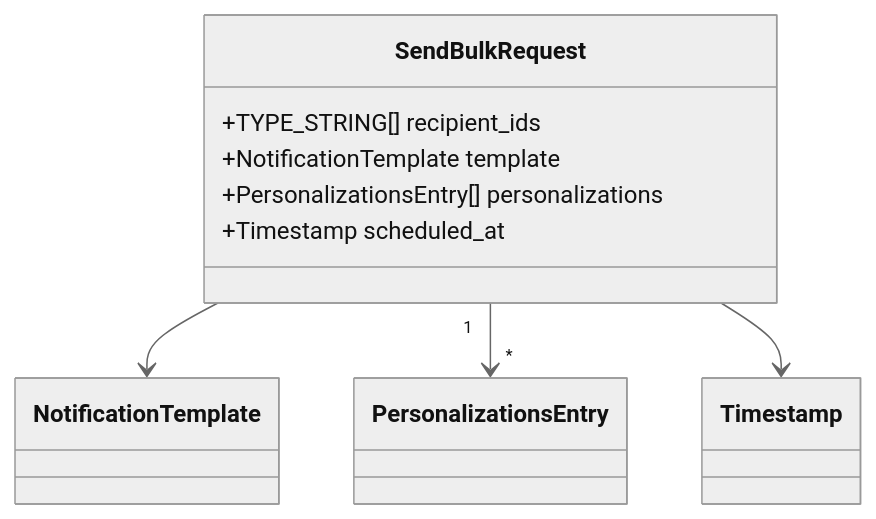
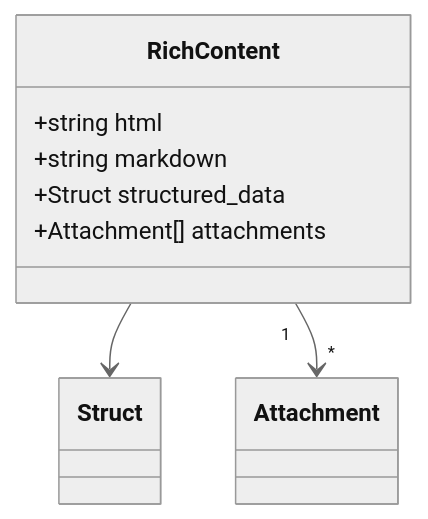
Diagram 35 of 37 in test-monorepo/docs/consolidated/NotificationService.md (kyivinua/root), drawn with Mermaid (neutral theme) before and after one commit. The commit also changed other lines of this file and 5 other files, not shown here.

````diff
--- a/test-monorepo/docs/consolidated/NotificationService.md
+++ b/test-monorepo/docs/consolidated/NotificationService.md
@@ -948,12 +1858,11 @@
 ```mermaid
 classDiagram
-    class SendBulkRequest {
-        +TYPE_STRING[] recipient_ids
-        +NotificationTemplate template
-        +PersonalizationsEntry[] personalizations
-        +Timestamp scheduled_at
+    class RichContent {
+        +string html
+        +string markdown
+        +Struct structured_data
+        +Attachment[] attachments
     }
-    SendBulkRequest --> NotificationTemplate
-    SendBulkRequest "1" --> "*" PersonalizationsEntry
-    SendBulkRequest --> Timestamp
+    RichContent --> Struct
+    RichContent "1" --> "*" Attachment
 ```
````
